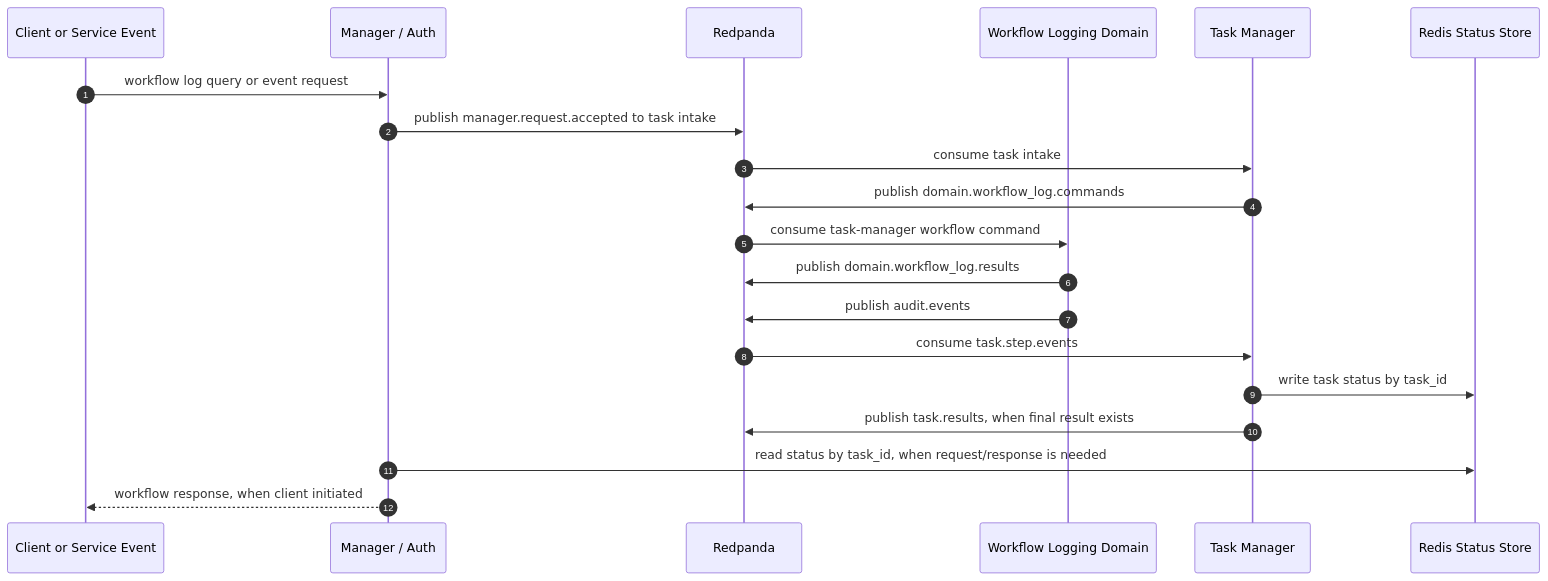
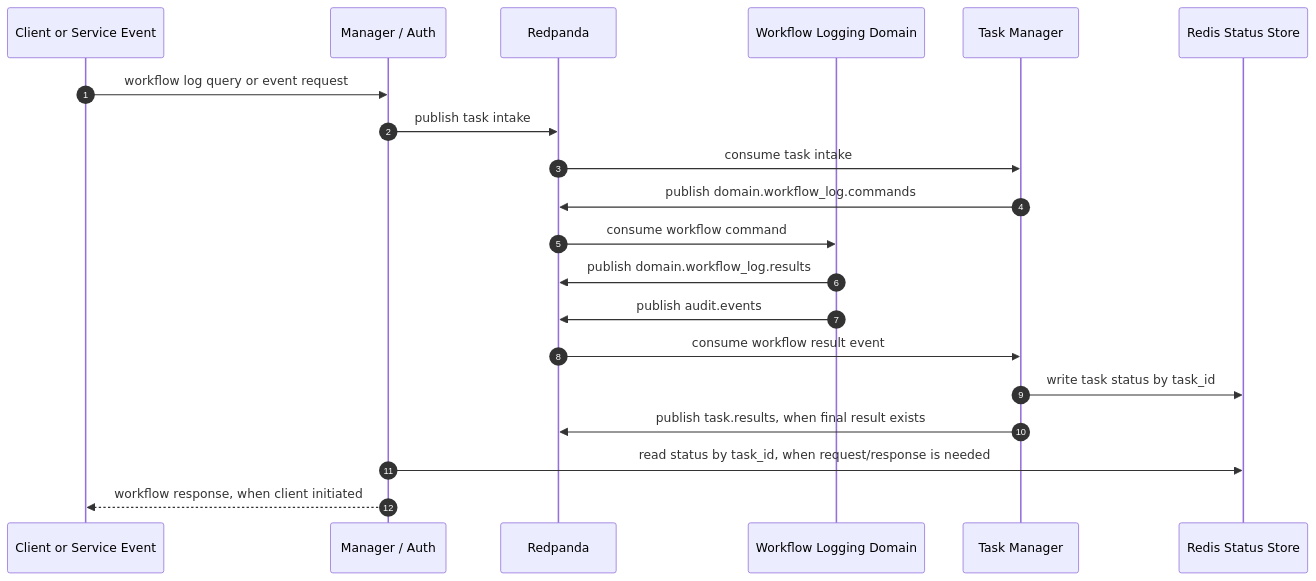
One commit to bruuuuuceliu/qdrant_rag_server changed the sixth of 7 diagrams in progress.md. Above: the diagram before and after it, drawn with Mermaid. The commit also changed other lines of this file and 212 other files, not shown here.

````diff
--- a/progress.md
+++ b/progress.md
@@ -330,23 +192,23 @@
 ```mermaid
 sequenceDiagram
     autonumber
     participant C as Client or Service Event
     participant M as Manager / Auth
     participant B as Redpanda
     participant W as Workflow Logging Domain
     participant T as Task Manager
     participant Redis as Redis Status Store
 
     C->>M: workflow log query or event request
-    M->>B: publish manager.request.accepted to task intake
+    M->>B: publish task intake
     B->>T: consume task intake
     T->>B: publish domain.workflow_log.commands
-    B->>W: consume task-manager workflow command
+    B->>W: consume workflow command
     W->>B: publish domain.workflow_log.results
     W->>B: publish audit.events
-    B->>T: consume task.step.events
+    B->>T: consume workflow result event
     T->>Redis: write task status by task_id
     T->>B: publish task.results, when final result exists
     M->>Redis: read status by task_id, when request/response is needed
     M-->>C: workflow response, when client initiated
 ```
````
